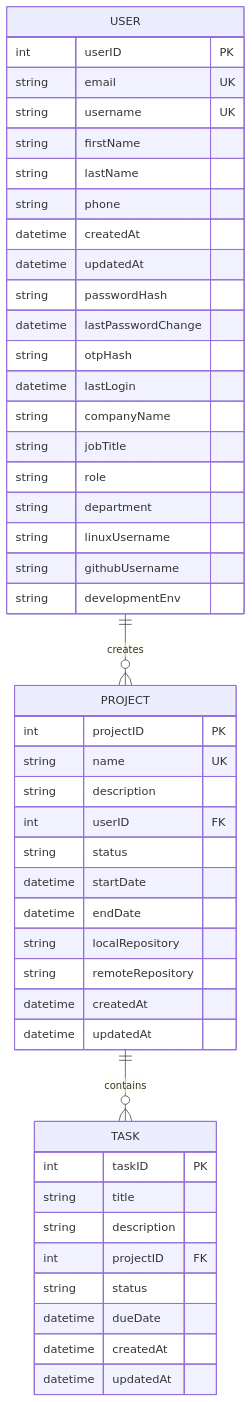
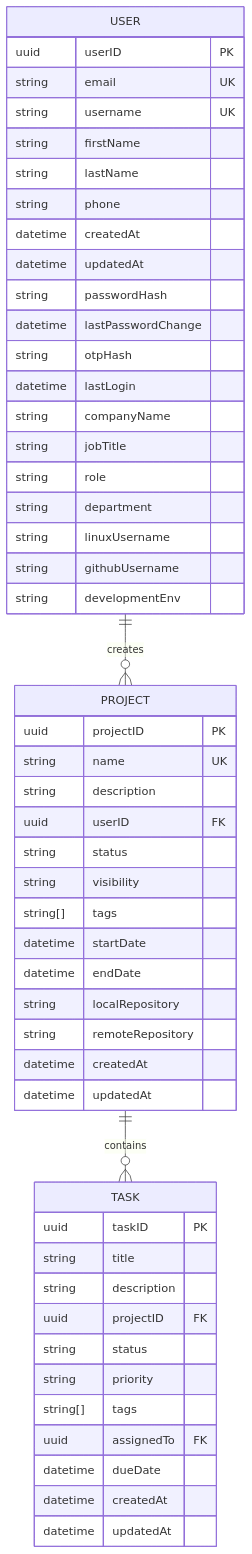
Before and after one commit to fevunge/tache-api: the diagram in docs/database/er-diagram.md, drawn with Mermaid.

Commit message:
docs: update er-diagram to use UUID primary keys and add new fields

````diff
--- a/docs/database/er-diagram.md
+++ b/docs/database/er-diagram.md
@@ -1,53 +1,58 @@
 ```mermaid
 erDiagram
  direction TB
  USER {
-  int userID PK ""
+  uuid userID PK ""
   string email UK ""
   string username UK ""
   string firstName  ""
   string lastName  ""
   string phone  ""
   datetime createdAt  ""
   datetime updatedAt  ""
   string passwordHash  ""
   datetime lastPasswordChange  ""
   string otpHash  ""
   datetime lastLogin  ""
   string companyName  ""
   string jobTitle  ""
   string role  ""
   string department  ""
   string linuxUsername  ""
   string githubUsername  ""
   string developmentEnv  ""
  }
 
  PROJECT {
-  int projectID PK ""
+  uuid projectID PK ""
   string name UK ""
   string description  ""
-  int userID FK ""
+  uuid userID FK ""
   string status  ""
+  string visibility  ""
+  string[] tags  ""
   datetime startDate  ""
   datetime endDate  ""
   string localRepository  ""
   string remoteRepository  ""
   datetime createdAt  ""
   datetime updatedAt  ""
  }
 
 TASK {
-  int taskID PK ""
+  uuid taskID PK ""
   string title  ""
   string description  ""
-  int projectID FK ""
+  uuid projectID FK ""
   string status  ""
+  string priority  ""
+  string[] tags  ""
+  uuid assignedTo FK ""
   datetime dueDate  ""
   datetime createdAt  ""
   datetime updatedAt  ""
  }
 
 USER ||--o{ PROJECT : "creates"
 PROJECT ||--o{ TASK : "contains"
 ```
````
